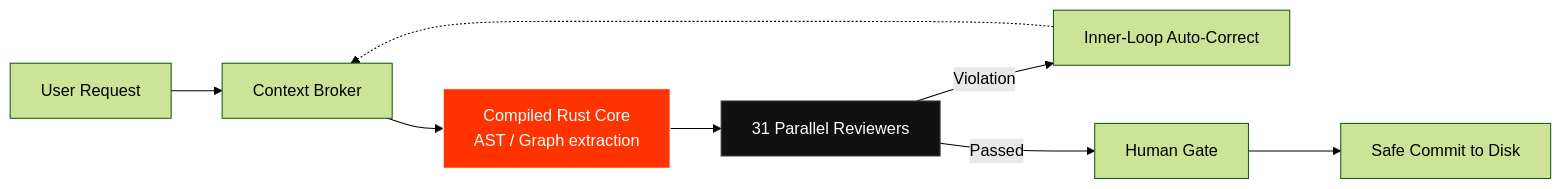
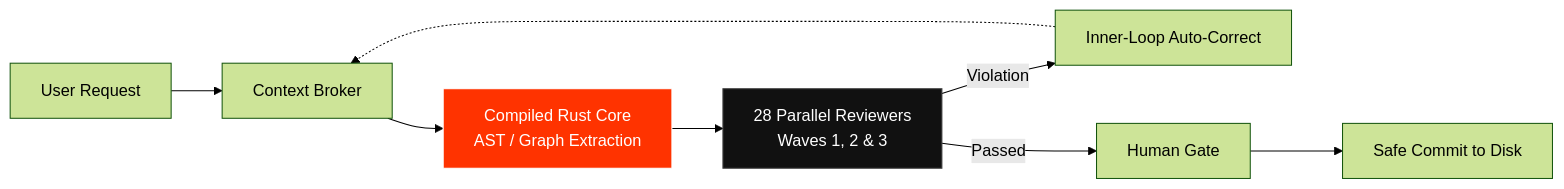
Before and after one commit to Harmitx7/tribunal-kit: the diagram in README.md, drawn with Mermaid (forest theme). The commit also changed other lines of this file and 404 other files, not shown here.

Commit message:
chore(release): v9.2.6 production audit, architecture intelligence & governance sync

````diff
--- a/README.md
+++ b/README.md
@@ -72,13 +82,13 @@
 ```mermaid
 graph LR
     A[User Request] --> B[Context Broker]
-    B --> C[Compiled Rust Core<br/>AST / Graph extraction]
-    C --> D[31 Parallel Reviewers]
+    B --> C[Compiled Rust Core<br/>AST / Graph Extraction]
+    C --> D[28 Parallel Reviewers<br/>Waves 1, 2 & 3]
     D -->|Violation| E[Inner-Loop Auto-Correct]
     E -.-> B
     D -->|Passed| F[Human Gate]
     F --> G[Safe Commit to Disk]
 
     style C fill:#ff3300,stroke:#fff,stroke-width:1px,color:#fff
     style D fill:#111,stroke:#444,stroke-width:1px,color:#fff
 ```
````
